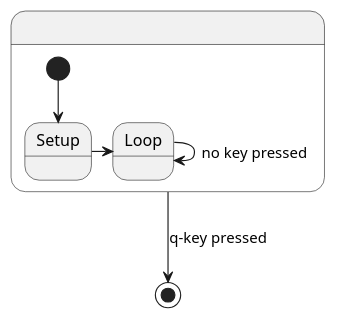
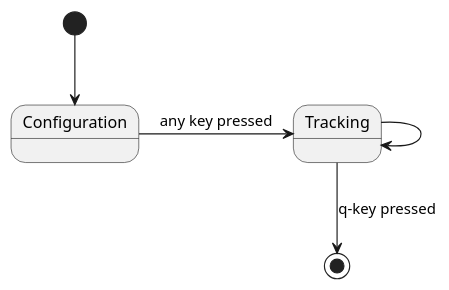
The diagram in doc/uml/state.puml (NewTec-GmbH/SpaceShipRadar), drawn with PlantUML before and after one commit. The commit also changed 24 other files, not shown here.

Commit message:
updated diagrams

```diff
--- a/doc/uml/state.puml
+++ b/doc/uml/state.puml
@@ -1,15 +1,11 @@
 @startuml state
-' skinparam monochrome true
 
-state .{
-state Setup
-state "Loop" as lp
+state Configuration
+state "Tracking" as lp
 
-[*] --> Setup
-Setup -> lp
-lp -> lp: no key pressed
-}
-
-. --> [*] : q-key pressed
+[*] --> Configuration
+Configuration -> lp : any key pressed
+lp -> lp
+lp --> [*] : q-key pressed
 
 @enduml
```
